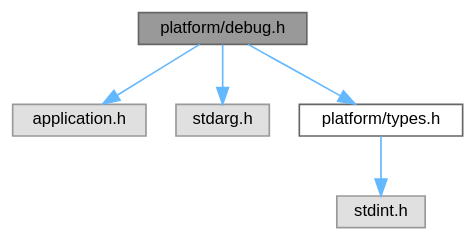
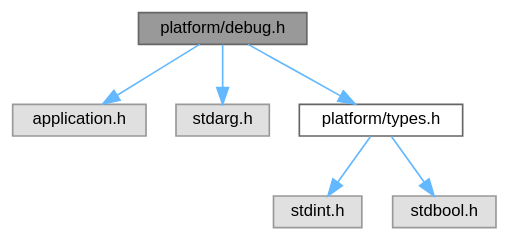
One commit to ebs-universe/piolib-platform changed the diagram in debug_8h__incl.dot. Above: the diagram before and after it, drawn with Graphviz. The commit also changed 95 other files, not shown here.

```diff
--- a/debug_8h__incl.dot
+++ b/debug_8h__incl.dot
@@ -1,17 +1,19 @@
 digraph "platform/debug.h"
 {
  // INTERACTIVE_SVG=YES
  // LATEX_PDF_SIZE
   bgcolor="transparent";
   edge [fontname=Helvetica,fontsize=10,labelfontname=Helvetica,labelfontsize=10];
   node [fontname=Helvetica,fontsize=10,shape=box,height=0.2,width=0.4];
   Node1 [id="Node000001",label="platform/debug.h",height=0.2,width=0.4,color="gray40", fillcolor="grey60", style="filled", fontcolor="black",tooltip=" "];
   Node1 -> Node2 [id="edge1_Node000001_Node000002",color="steelblue1",style="solid",tooltip=" "];
   Node2 [id="Node000002",label="application.h",height=0.2,width=0.4,color="grey60", fillcolor="#E0E0E0", style="filled",tooltip=" "];
   Node1 -> Node3 [id="edge2_Node000001_Node000003",color="steelblue1",style="solid",tooltip=" "];
   Node3 [id="Node000003",label="stdarg.h",height=0.2,width=0.4,color="grey60", fillcolor="#E0E0E0", style="filled",tooltip=" "];
   Node1 -> Node4 [id="edge3_Node000001_Node000004",color="steelblue1",style="solid",tooltip=" "];
   Node4 [id="Node000004",label="platform/types.h",height=0.2,width=0.4,color="grey40", fillcolor="white", style="filled",URL="$types_8h.html",tooltip=" "];
   Node4 -> Node5 [id="edge4_Node000004_Node000005",color="steelblue1",style="solid",tooltip=" "];
   Node5 [id="Node000005",label="stdint.h",height=0.2,width=0.4,color="grey60", fillcolor="#E0E0E0", style="filled",tooltip=" "];
+  Node4 -> Node6 [id="edge5_Node000004_Node000006",color="steelblue1",style="solid",tooltip=" "];
+  Node6 [id="Node000006",label="stdbool.h",height=0.2,width=0.4,color="grey60", fillcolor="#E0E0E0", style="filled",tooltip=" "];
 }
```
